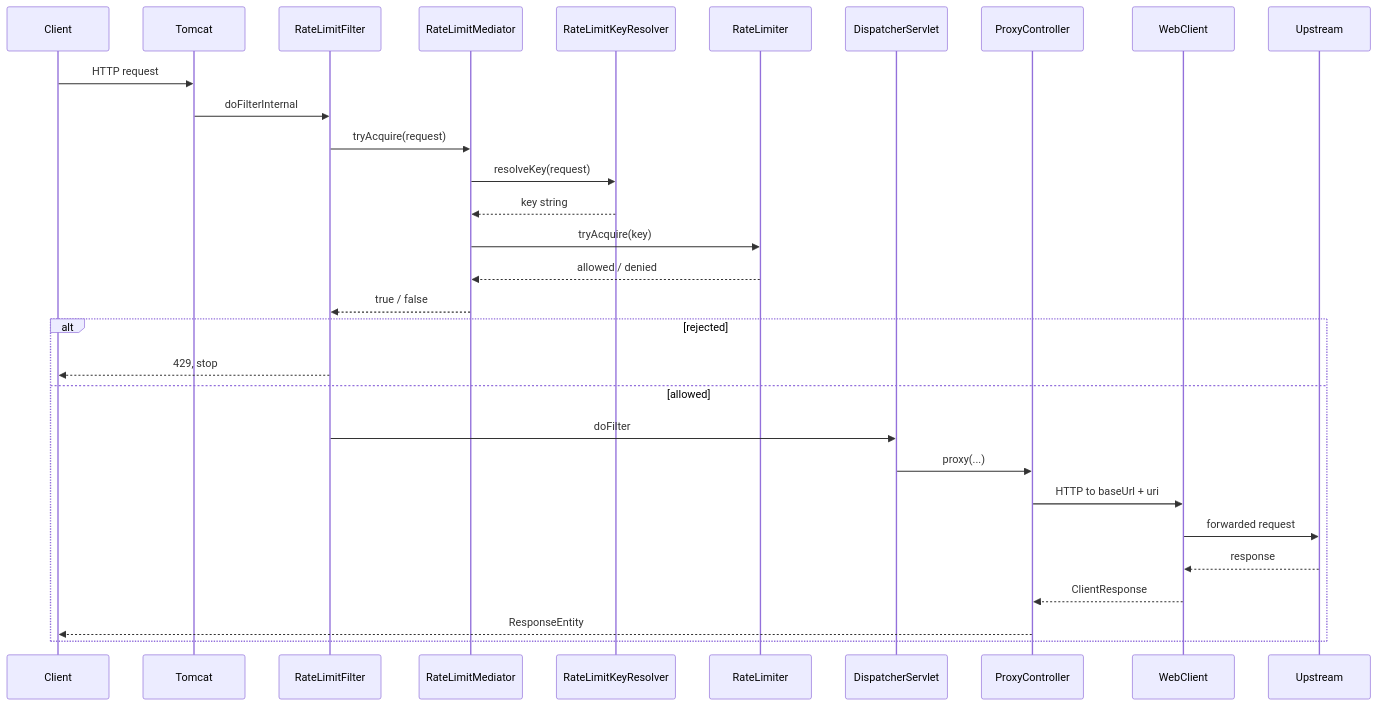
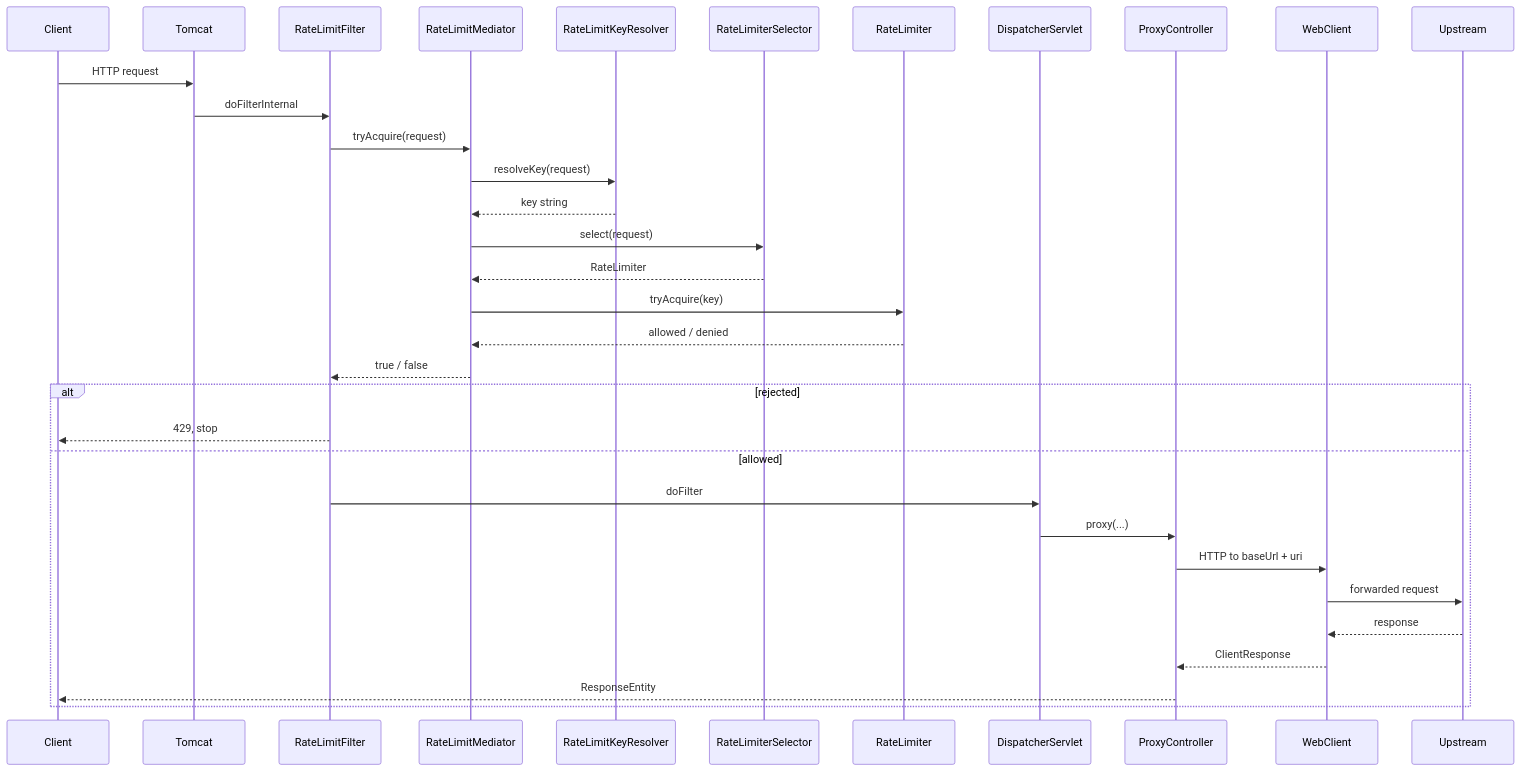
One commit to EvalVis/rate-limiting changed the second of 2 diagrams in docs/rate-limiting.md. Above: the diagram before and after it, drawn with Mermaid. The commit also changed other lines of this file and 11 other files, not shown here.

First line of the commit message:
Add JWT role-based RateLimiterSelector

````diff
--- a/docs/rate-limiting.md
+++ b/docs/rate-limiting.md
@@ -93,32 +98,35 @@
 ```mermaid
 sequenceDiagram
   participant C as Client
   participant T as Tomcat
   participant F as RateLimitFilter
   participant M as RateLimitMediator
   participant KR as RateLimitKeyResolver
+  participant RS as RateLimiterSelector
   participant RL as RateLimiter
   participant D as DispatcherServlet
   participant P as ProxyController
   participant W as WebClient
   participant U as Upstream
   C->>T: HTTP request
   T->>F: doFilterInternal
   F->>M: tryAcquire(request)
   M->>KR: resolveKey(request)
   KR-->>M: key string
+  M->>RS: select(request)
+  RS-->>M: RateLimiter
   M->>RL: tryAcquire(key)
   RL-->>M: allowed / denied
   M-->>F: true / false
   alt rejected
     F-->>C: 429, stop
   else allowed
     F->>D: doFilter
     D->>P: proxy(...)
     P->>W: HTTP to baseUrl + uri
     W->>U: forwarded request
     U-->>W: response
     W-->>P: ClientResponse
     P-->>C: ResponseEntity
   end
 ```
````
